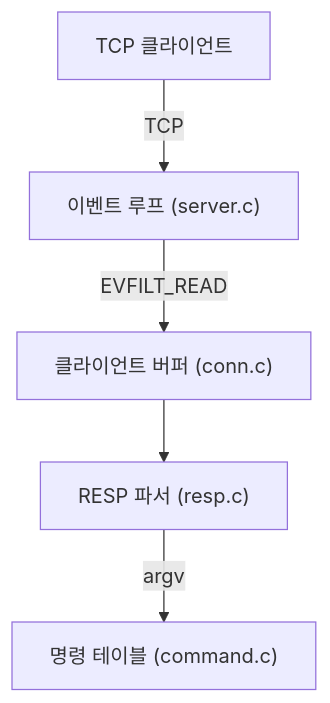
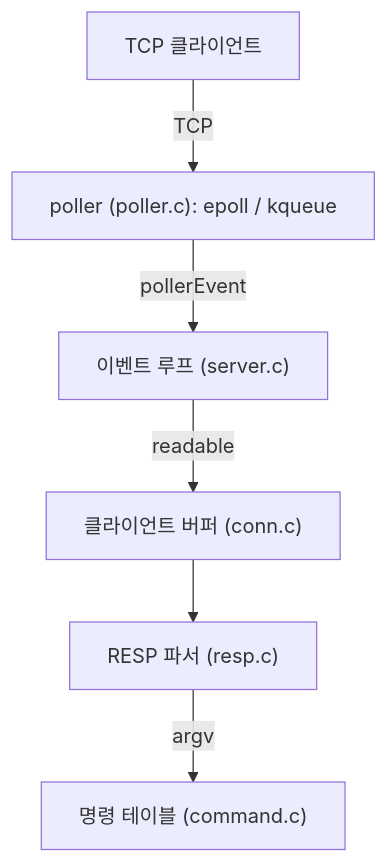
One commit to nini4746/mini-redis changed the second of 12 diagrams in docs/SDS.md. Above: the diagram before and after it, drawn with Mermaid. The commit also changed other lines of this file and 2 other files, not shown here.

````diff
--- a/docs/SDS.md
+++ b/docs/SDS.md
@@ -77,8 +83,9 @@
 ```mermaid
 %%{init: {"flowchart": {"wrappingWidth": 300}}}%%
 flowchart TB
-    CLIENT["TCP 클라이언트"] -->|"TCP"| KQ["이벤트 루프 (server.c)"]
-    KQ -->|"EVFILT_READ"| CONN["클라이언트 버퍼 (conn.c)"]
+    CLIENT["TCP 클라이언트"] -->|"TCP"| PL["poller (poller.c): epoll / kqueue"]
+    PL -->|"pollerEvent"| KQ["이벤트 루프 (server.c)"]
+    KQ -->|"readable"| CONN["클라이언트 버퍼 (conn.c)"]
     CONN --> RESP["RESP 파서 (resp.c)"]
     RESP -->|"argv"| CMD["명령 테이블 (command.c)"]
 ```
````
